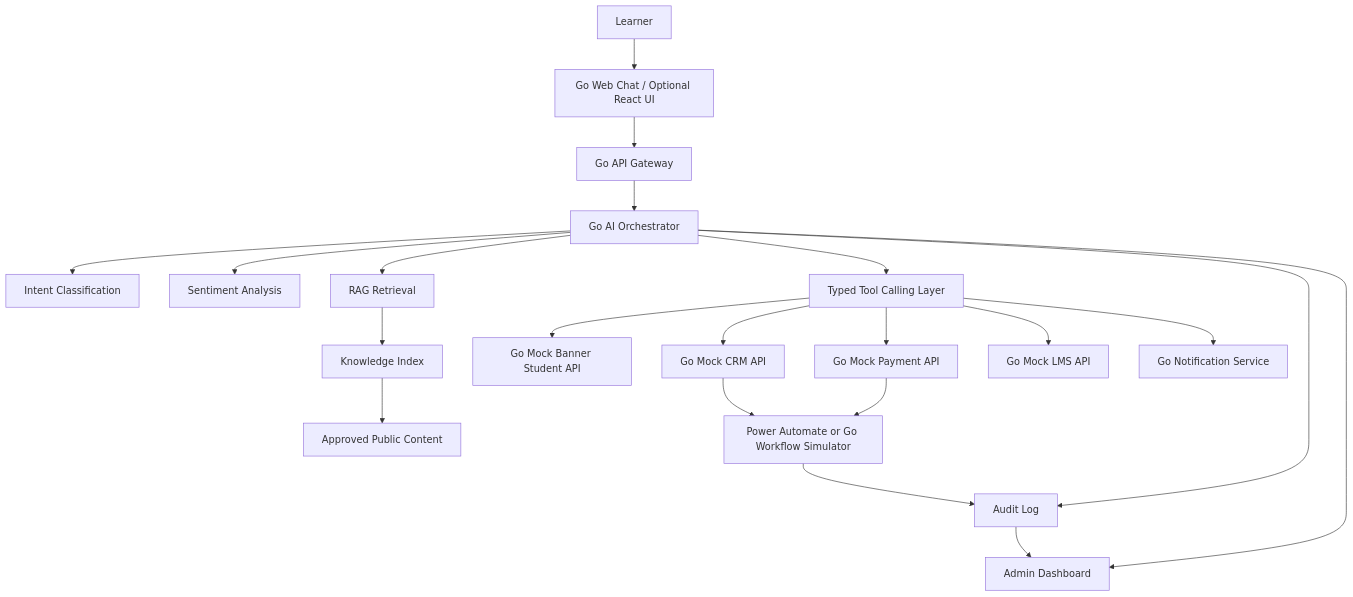
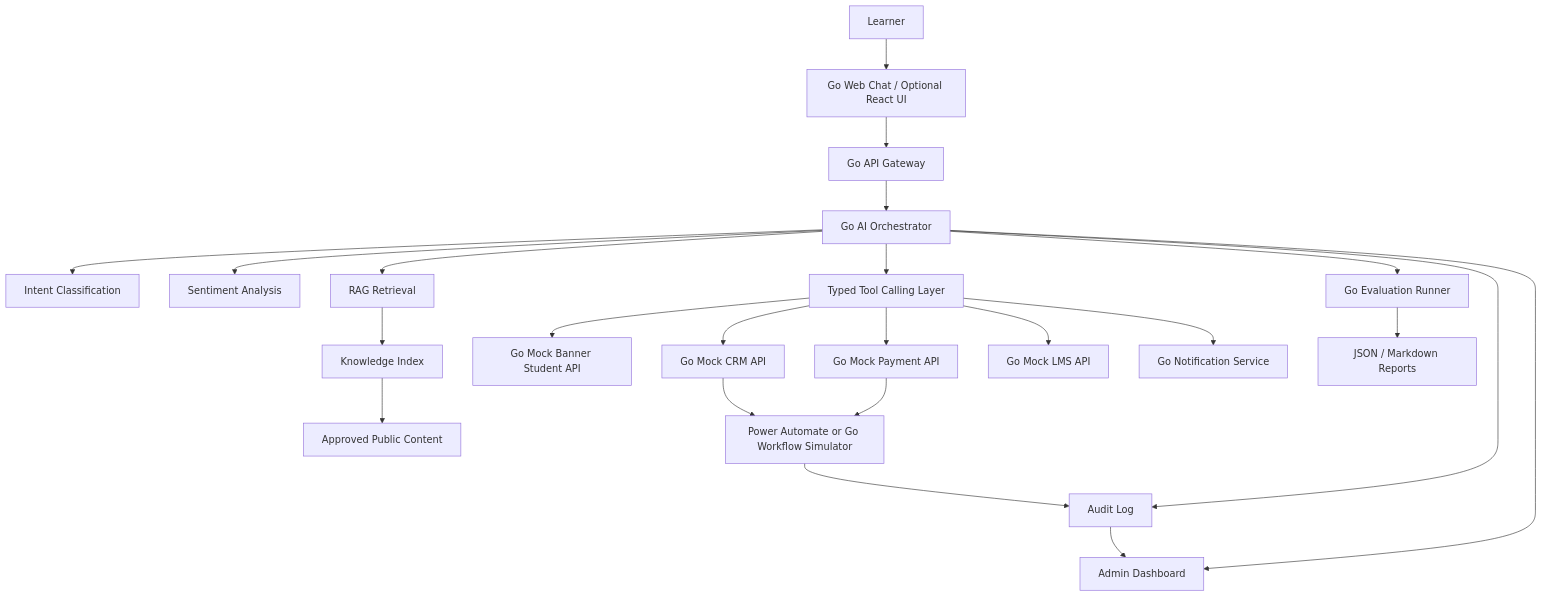
The first of 3 diagrams in docs/architecture.md (alvindcastro/askoc-mvp), drawn with Mermaid before and after one commit. The commit also changed other lines of this file and 36 other files, not shown here.

Commit message:
feat: implement P9 evaluation runner and quality gates

````diff
--- a/docs/architecture.md
+++ b/docs/architecture.md
@@ -19,28 +19,30 @@
 ```mermaid
 flowchart TD
     U[Learner] --> UI[Go Web Chat / Optional React UI]
     UI --> API[Go API Gateway]
     API --> ORCH[Go AI Orchestrator]
 
     ORCH --> INTENT[Intent Classification]
     ORCH --> SENT[Sentiment Analysis]
     ORCH --> RAG[RAG Retrieval]
     ORCH --> TOOLS[Typed Tool Calling Layer]
 
     RAG --> INDEX[Knowledge Index]
     INDEX --> CONTENT[Approved Public Content]
 
     TOOLS --> BANNER[Go Mock Banner Student API]
     TOOLS --> PAY[Go Mock Payment API]
     TOOLS --> CRM[Go Mock CRM API]
     TOOLS --> LMS[Go Mock LMS API]
     TOOLS --> NOTIFY[Go Notification Service]
 
     CRM --> AUTO[Power Automate or Go Workflow Simulator]
     PAY --> AUTO
     AUTO --> AUDIT[Audit Log]
     ORCH --> AUDIT
 
     AUDIT --> DASH[Admin Dashboard]
+    ORCH --> EVAL[Go Evaluation Runner]
+    EVAL --> REPORTS[JSON / Markdown Reports]
     ORCH --> DASH
 ```
````
